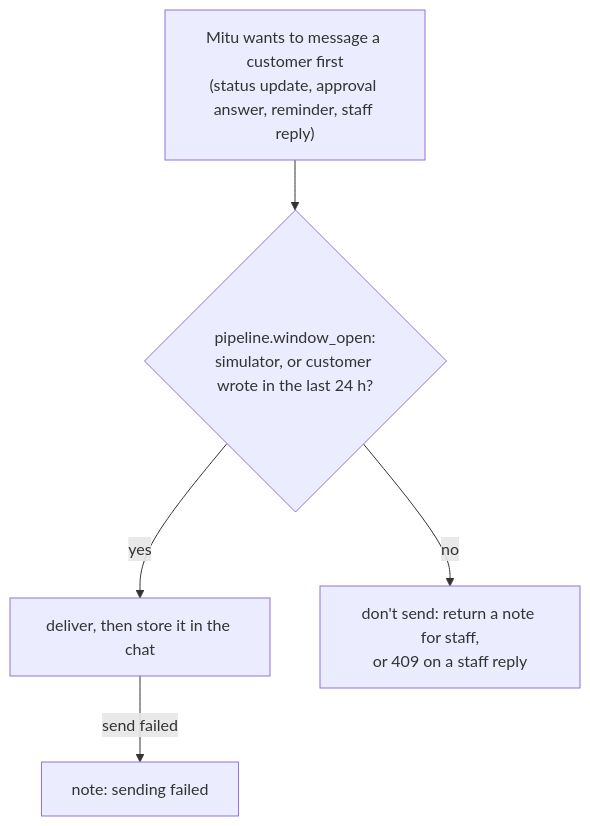
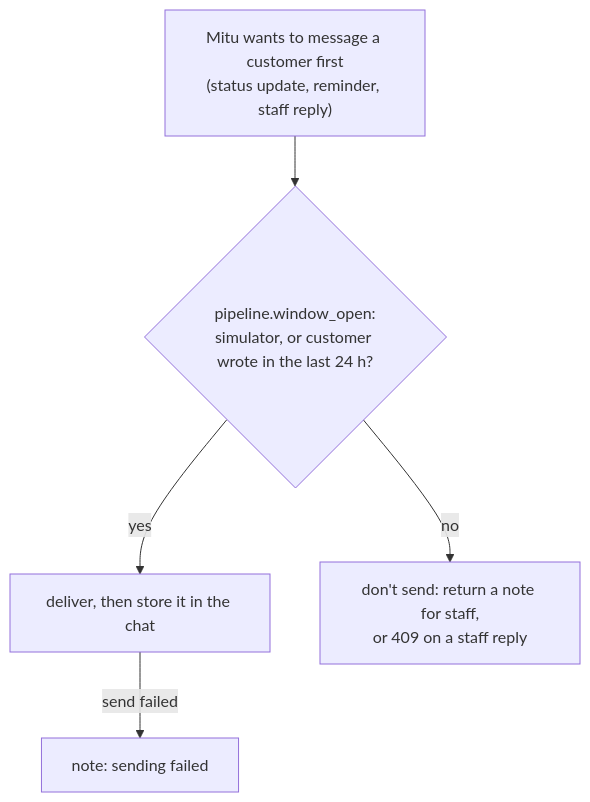
Diagram 14 of 25 in README.md (NiloyBhattacharjee/MITUai), drawn with Mermaid before and after one commit. The commit also changed other lines of this file and 26 other files, not shown here.

````diff
--- a/README.md
+++ b/README.md
@@ -574,7 +564,7 @@
 ```mermaid
 flowchart TD
-    S["Mitu wants to message a customer first<br/>(status update, approval answer, reminder, staff reply)"] --> W{"pipeline.window_open:<br/>simulator, or customer wrote in the last 24 h?"}
+    S["Mitu wants to message a customer first<br/>(status update, reminder, staff reply)"] --> W{"pipeline.window_open:<br/>simulator, or customer wrote in the last 24 h?"}
     W -- "yes" --> D["deliver, then store it in the chat"]
     W -- "no" --> N["don't send: return a note for staff,<br/>or 409 on a staff reply"]
     D -- "send failed" --> F["note: sending failed"]
 ```
````
